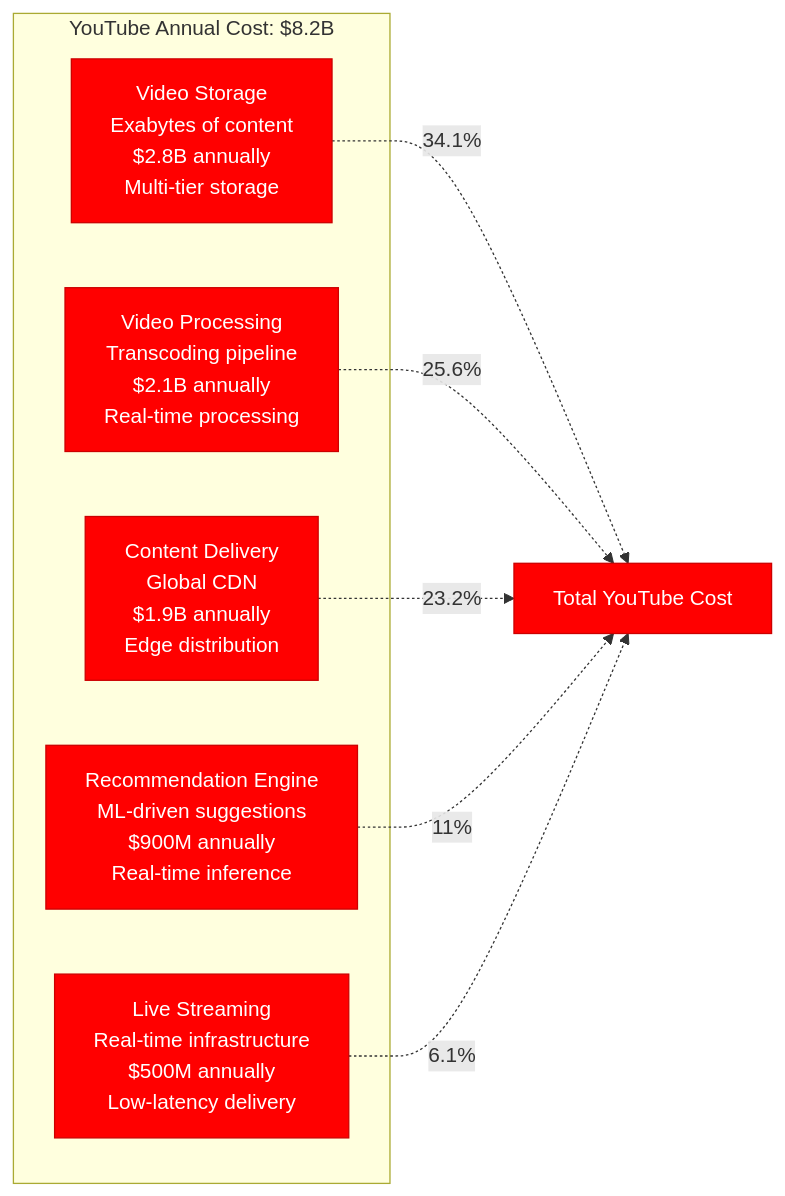
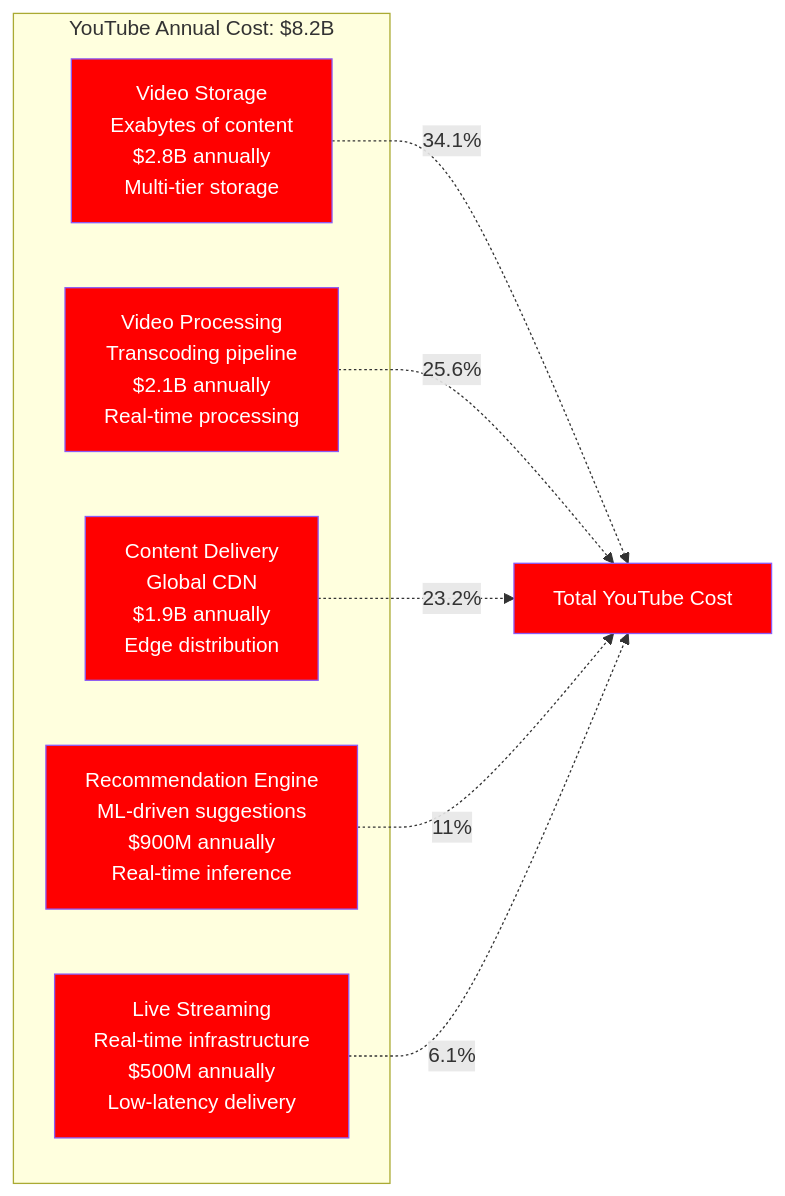
Before and after one commit to deepaucksharma/DS: the fourth of 7 diagrams in site/docs/systems/google/cost-breakdown.md, drawn with Mermaid. The commit also changed other lines of this file and 303 other files, not shown here.

````diff
--- a/site/docs/systems/google/cost-breakdown.md
+++ b/site/docs/systems/google/cost-breakdown.md
@@ -141,24 +141,24 @@
 ```mermaid
 graph LR
     subgraph YouTubeCosts[YouTube Annual Cost: $8.2B]
         VideoStorage[Video Storage<br/>Exabytes of content<br/>$2.8B annually<br/>Multi-tier storage]
 
         VideoProcessing[Video Processing<br/>Transcoding pipeline<br/>$2.1B annually<br/>Real-time processing]
 
         ContentDelivery[Content Delivery<br/>Global CDN<br/>$1.9B annually<br/>Edge distribution]
 
         RecommendationInfra[Recommendation Engine<br/>ML-driven suggestions<br/>$900M annually<br/>Real-time inference]
 
         LiveStreaming[Live Streaming<br/>Real-time infrastructure<br/>$500M annually<br/>Low-latency delivery]
     end
 
     %% Cost breakdown
     VideoStorage -.->|34.1%| YouTubeTotal[Total YouTube Cost]
     VideoProcessing -.->|25.6%| YouTubeTotal
     ContentDelivery -.->|23.2%| YouTubeTotal
     RecommendationInfra -.->|11%| YouTubeTotal
     LiveStreaming -.->|6.1%| YouTubeTotal
 
-    classDef youtubeStyle fill:#ff0000,stroke:#cc0000,color:#fff
+    classDef youtubeStyle fill:#ff0000,stroke:#8B5CF6,color:#fff
     class VideoStorage,VideoProcessing,ContentDelivery,RecommendationInfra,LiveStreaming,YouTubeTotal youtubeStyle
 ```
````
